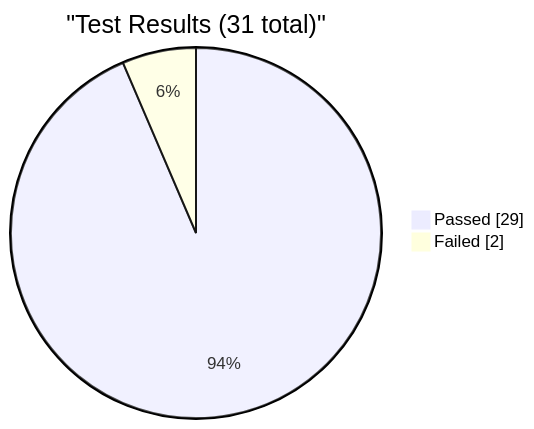
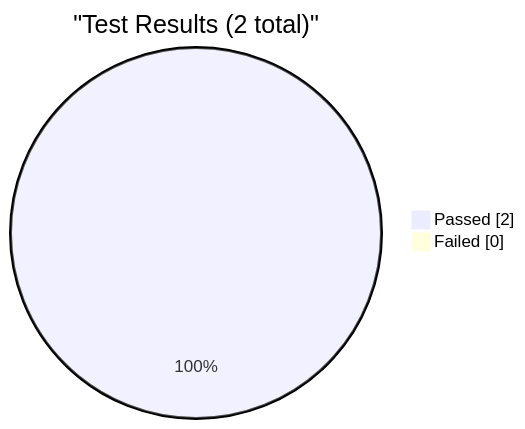
One commit to EliteaAI/onetest-ai-tm-Elitea changed the first of 4 diagrams in reports/dashboard.md. Above: the diagram before and after it, drawn with Mermaid. The commit also changed other lines of this file and 1 other file, not shown here.

Commit message:
dashboard: update test metrics for RUN-ELITEA-2026-10-15-269-DEV-SMOKE-PASSED

````diff
--- a/reports/dashboard.md
+++ b/reports/dashboard.md
@@ -9,6 +9,6 @@
 ```mermaid
 pie showData
-    title "Test Results (31 total)"
-    "Passed" : 29
-    "Failed" : 2
+    title "Test Results (2 total)"
+    "Passed" : 2
+    "Failed" : 0
 ```
````
